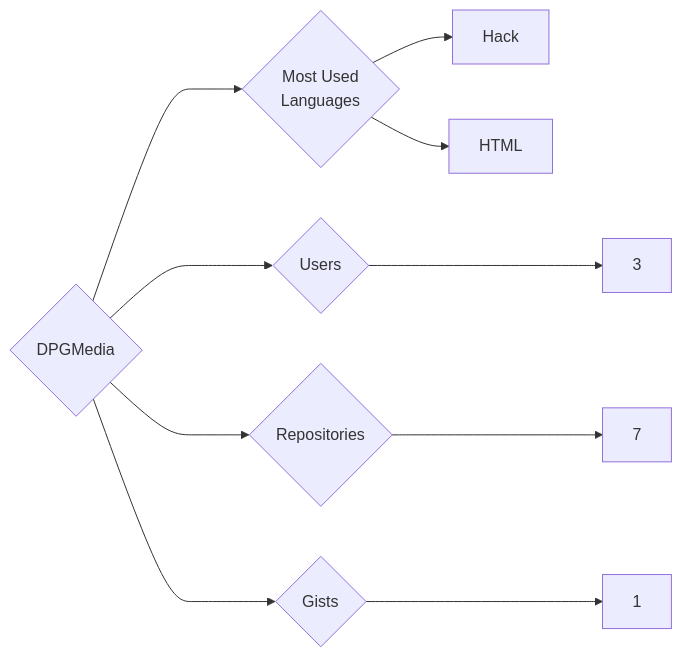
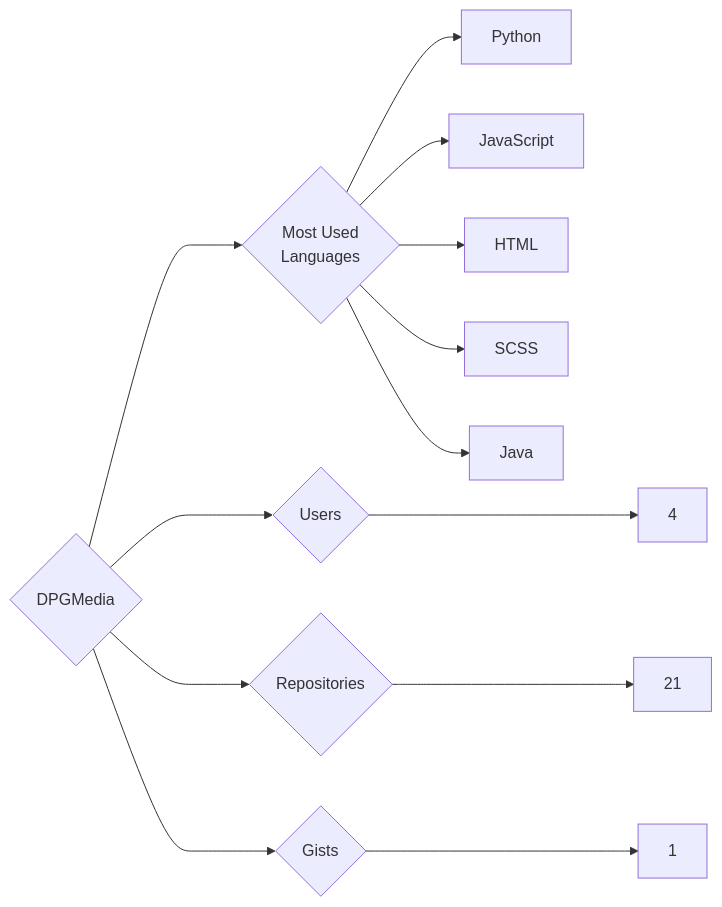
One commit to trickest/insiders changed the diagram in targets/DPGMedia/README.md. Above: the diagram before and after it, drawn with Mermaid. The commit also changed 1088 other files, not shown here.

````diff
--- a/targets/DPGMedia/README.md
+++ b/targets/DPGMedia/README.md
@@ -3,10 +3,13 @@
 ```mermaid
 graph LR
 COMPANY_NAME{DPGMedia}
-COMPANY_NAME ---> U{Users} ---> UN[3]
-COMPANY_NAME ---> R{Repositories} ---> RN[7]
+COMPANY_NAME ---> U{Users} ---> UN[4]
+COMPANY_NAME ---> R{Repositories} ---> RN[21]
 COMPANY_NAME ---> G{Gists} ---> GN[1]
 COMPANY_NAME ---> ML{Most Used<br>Languages}
-ML --> Hack[Hack]
+ML --> Python[Python]
+ML --> JavaScript[JavaScript]
 ML --> HTML[HTML]
+ML --> SCSS[SCSS]
+ML --> Java[Java]
 ```
````
